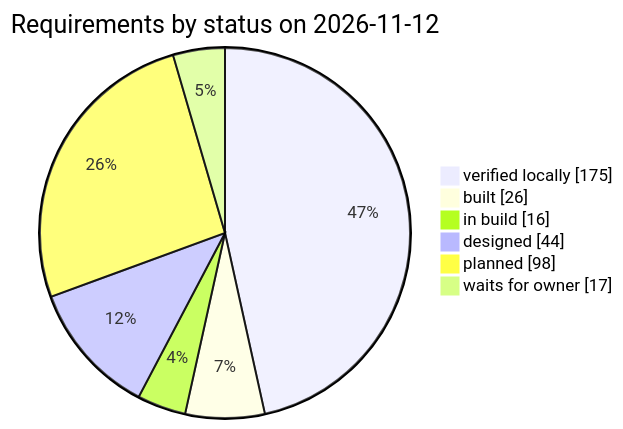
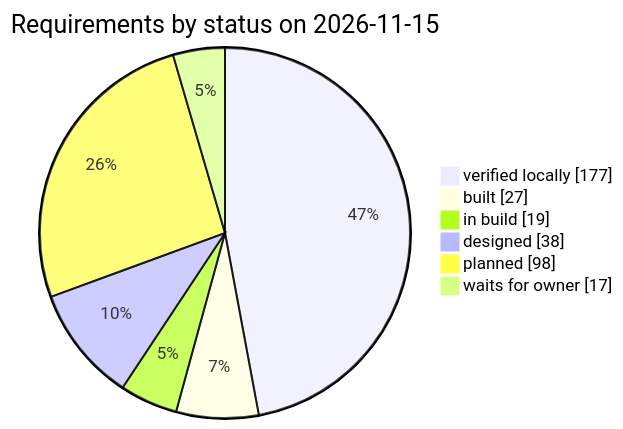
One commit to qa-io-vn/fnb-manager changed the third of 3 diagrams in docs/requirements.md. Above: the diagram before and after it, drawn with Mermaid. The commit also changed other lines of this file and 38 other files, not shown here.

````diff
--- a/docs/requirements.md
+++ b/docs/requirements.md
@@ -982,10 +982,10 @@
 ```mermaid
 pie showData
-    title Requirements by status on 2026-11-12
-    "verified locally" : 175
-    "built" : 26
-    "in build" : 16
-    "designed" : 44
+    title Requirements by status on 2026-11-15
+    "verified locally" : 177
+    "built" : 27
+    "in build" : 19
+    "designed" : 38
     "planned" : 98
     "waits for owner" : 17
 ```
````
